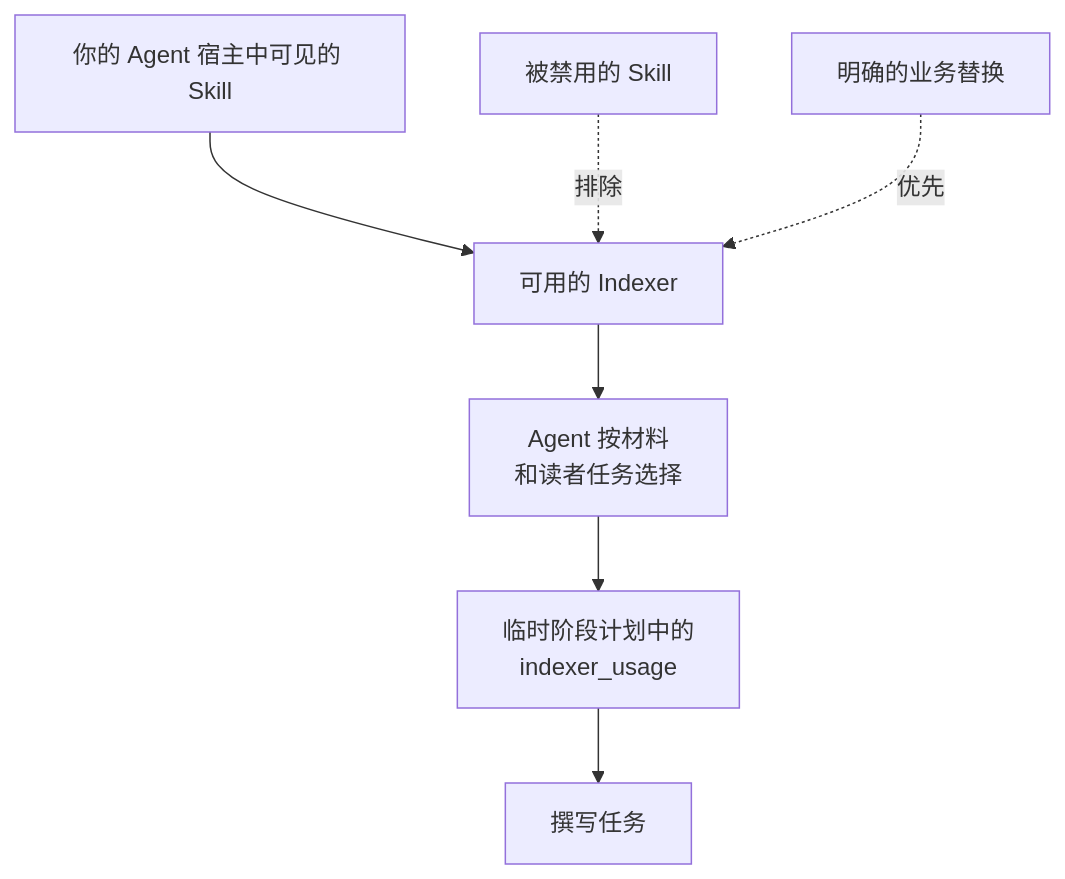
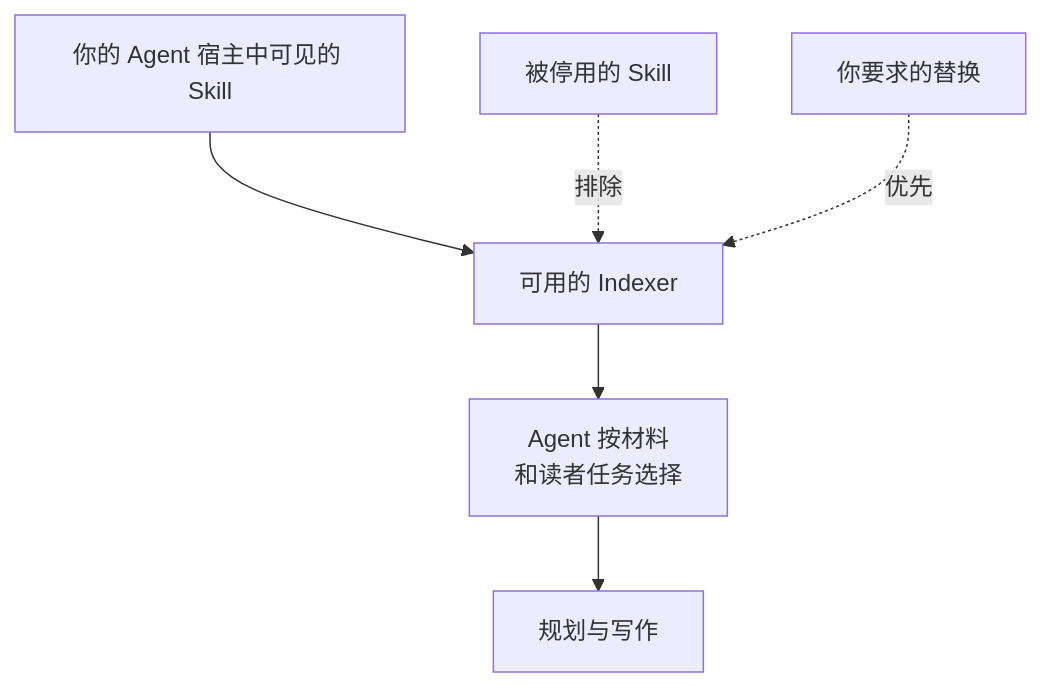
Before and after one commit to context4ai/portal: the diagram in translations/zh-CN/sop/custom-indexers/providers-and-customization.md, drawn with Mermaid. The commit also changed other lines of this file and 129 other files, not shown here.

````diff
--- a/translations/zh-CN/sop/custom-indexers/providers-and-customization.md
+++ b/translations/zh-CN/sop/custom-indexers/providers-and-customization.md
@@ -16,9 +17,8 @@
 ```mermaid
 flowchart TD
   host["你的 Agent 宿主中可见的 Skill"] --> avail["可用的 Indexer"]
-  disabled["被禁用的 Skill"] -.->|"排除"| avail
-  replace["明确的业务替换"] -.->|"优先"| avail
+  disabled["被停用的 Skill"] -.->|"排除"| avail
+  replace["你要求的替换"] -.->|"优先"| avail
   avail --> pick["Agent 按材料<br/>和读者任务选择"]
-  pick --> usage["临时阶段计划中的<br/>indexer_usage"]
-  usage --> write["撰写任务"]
+  pick --> write["规划与写作"]
 ```
````
